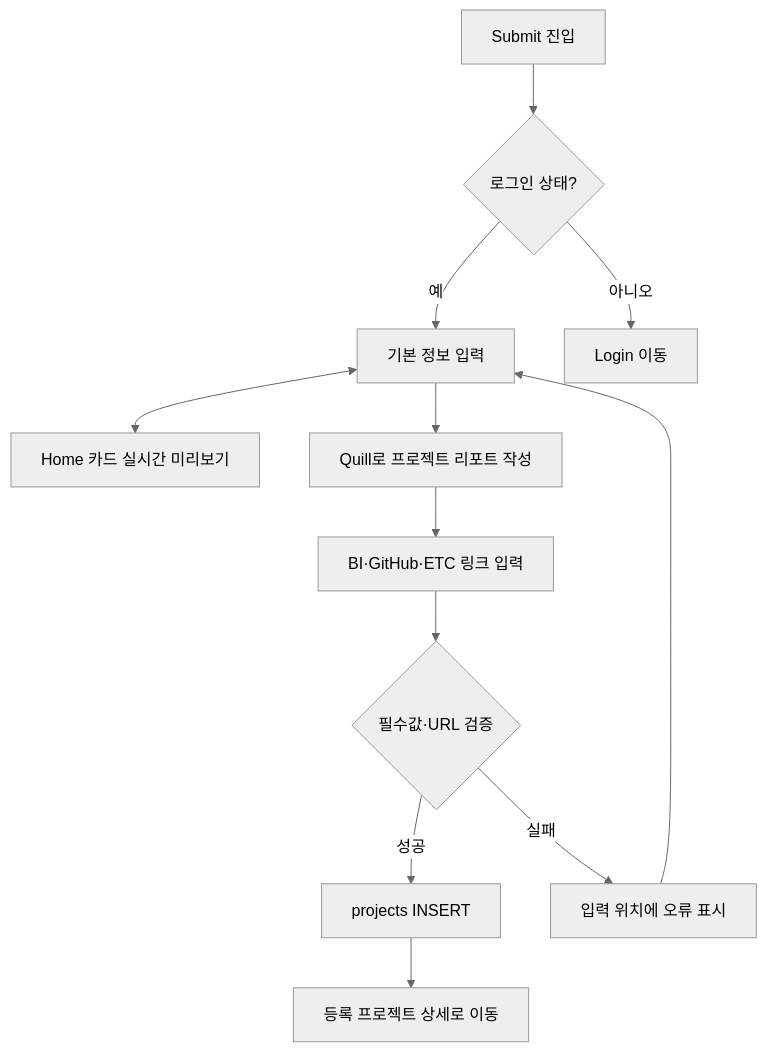
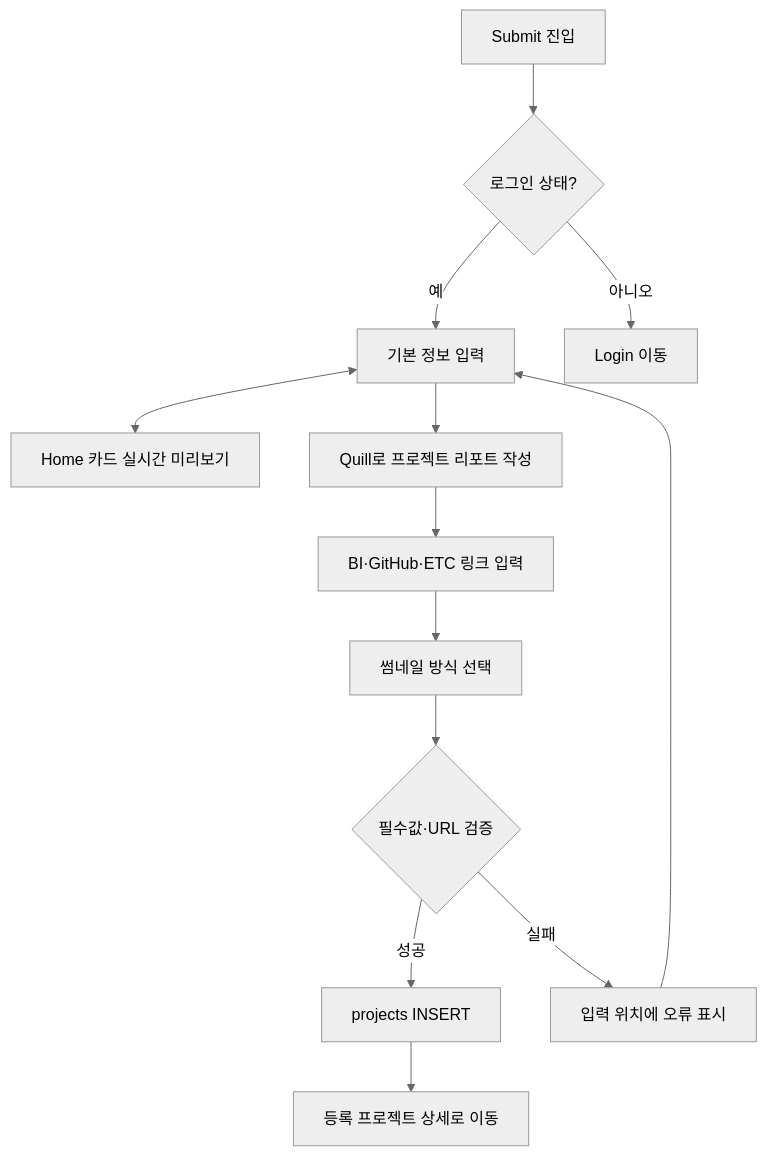
The fourth of 6 diagrams in docs/USER_FLOWS.md (Snowball-Impact/folio), drawn with Mermaid (neutral theme) before and after one commit. The commit also changed other lines of this file and 21 other files, not shown here.

````diff
--- a/docs/USER_FLOWS.md
+++ b/docs/USER_FLOWS.md
@@ -88,21 +90,22 @@
 ```mermaid
 flowchart TD
     Start[Submit 진입]
     Auth{로그인 상태?}
     Basic[기본 정보 입력]
     Preview[Home 카드 실시간 미리보기]
     Body[Quill로 프로젝트 리포트 작성]
     Links[BI·GitHub·ETC 링크 입력]
+    Thumbnail[썸네일 방식 선택]
     Validate{필수값·URL 검증}
     Save[projects INSERT]
     Detail[등록 프로젝트 상세로 이동]
 
     Start --> Auth
     Auth -- 아니오 --> Login[Login 이동]
     Auth -- 예 --> Basic
     Basic <--> Preview
-    Basic --> Body --> Links --> Validate
+    Basic --> Body --> Links --> Thumbnail --> Validate
     Validate -- 실패 --> Feedback[입력 위치에 오류 표시]
     Feedback --> Basic
     Validate -- 성공 --> Save --> Detail
 ```
````
